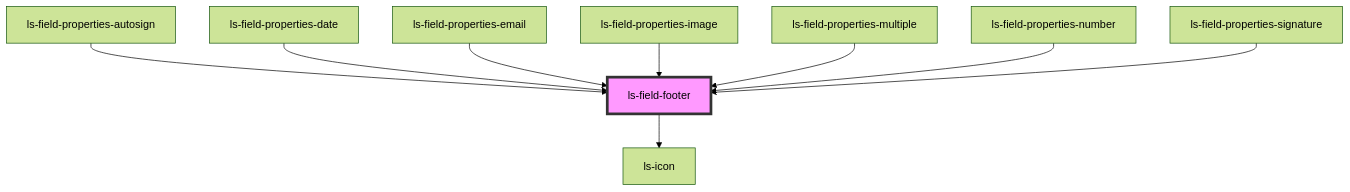
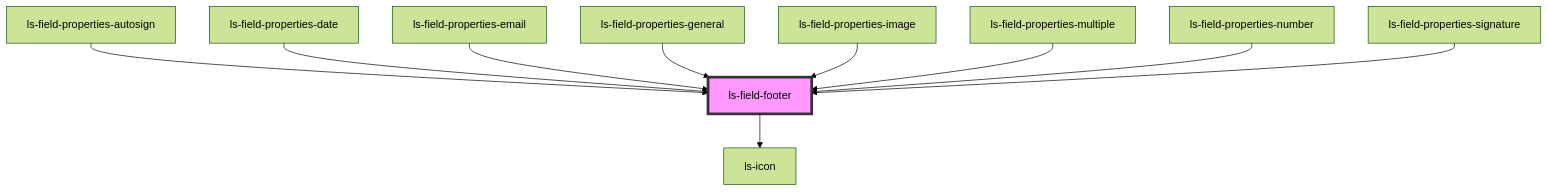
Before and after one commit to legalesign/ls-document-viewer: the diagram in src/components/ls-field-footer/readme.md, drawn with Mermaid (forest theme). The commit also changed other lines of this file and 4 other files, not shown here.

````diff
--- a/src/components/ls-field-footer/readme.md
+++ b/src/components/ls-field-footer/readme.md
@@ -40,12 +41,13 @@
 ```mermaid
 graph TD;
   ls-field-footer --> ls-icon
   ls-field-properties-autosign --> ls-field-footer
   ls-field-properties-date --> ls-field-footer
   ls-field-properties-email --> ls-field-footer
+  ls-field-properties-general --> ls-field-footer
   ls-field-properties-image --> ls-field-footer
   ls-field-properties-multiple --> ls-field-footer
   ls-field-properties-number --> ls-field-footer
   ls-field-properties-signature --> ls-field-footer
   style ls-field-footer fill:#f9f,stroke:#333,stroke-width:4px
 ```
````
